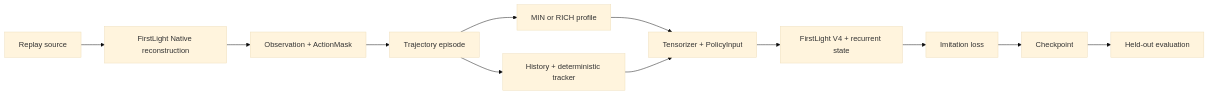
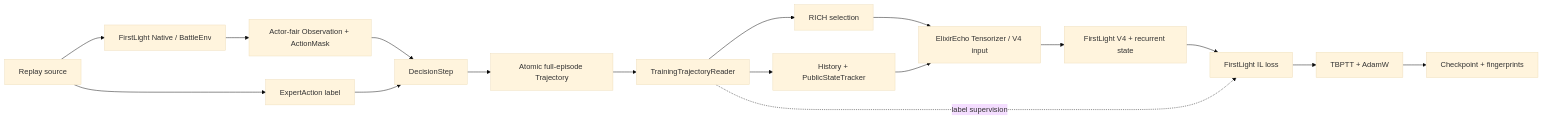
One commit to hero7014/ElixirEcho changed the diagram in docs/architecture.md. Above: the diagram before and after it, drawn with Mermaid (base theme). The commit also changed other lines of this file and 8 other files, not shown here.

````diff
--- a/docs/architecture.md
+++ b/docs/architecture.md
@@ -9,14 +9,19 @@
 ```mermaid
 flowchart LR
-  Replay[Replay source] --> Native[FirstLight Native reconstruction]
-  Native --> Observation[Observation + ActionMask]
-  Observation --> Trajectory[Trajectory episode]
-  Trajectory --> Profile[MIN or RICH profile]
-  Trajectory --> Temporal[History + deterministic tracker]
-  Profile --> Input[Tensorizer + PolicyInput]
-  Temporal --> Input
-  Input --> V4[FirstLight V4 + recurrent state]
-  V4 --> Loss[Imitation loss]
-  Loss --> Checkpoint[Checkpoint]
-  Checkpoint --> Evaluation[Held-out evaluation]
+  Replay[Replay source] --> Native[FirstLight Native / BattleEnv]
+  Replay --> Label[ExpertAction label]
+  Native --> Pair[Actor-fair Observation + ActionMask]
+  Pair --> Step[DecisionStep]
+  Label --> Step
+  Step --> Store[Atomic full-episode Trajectory]
+  Store --> Reader[TrainingTrajectoryReader]
+  Reader --> Profile[RICH selection]
+  Reader --> History[History + PublicStateTracker]
+  Profile --> Input[ElixirEcho Tensorizer / V4 input]
+  History --> Input
+  Input --> Model[FirstLight V4 + recurrent state]
+  Model --> Loss[FirstLight IL loss]
+  Reader -. label supervision .-> Loss
+  Loss --> Updates[TBPTT + AdamW]
+  Updates --> Checkpoint[Checkpoint + fingerprints]
 ```
````
